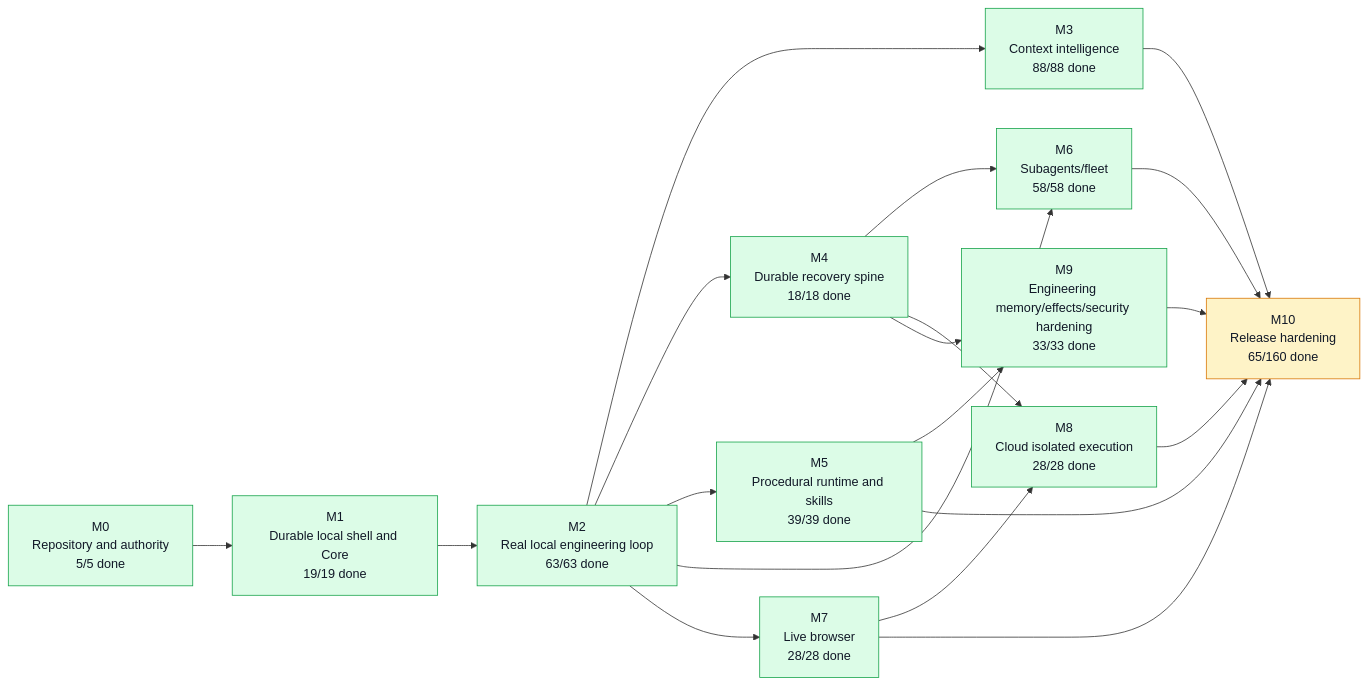
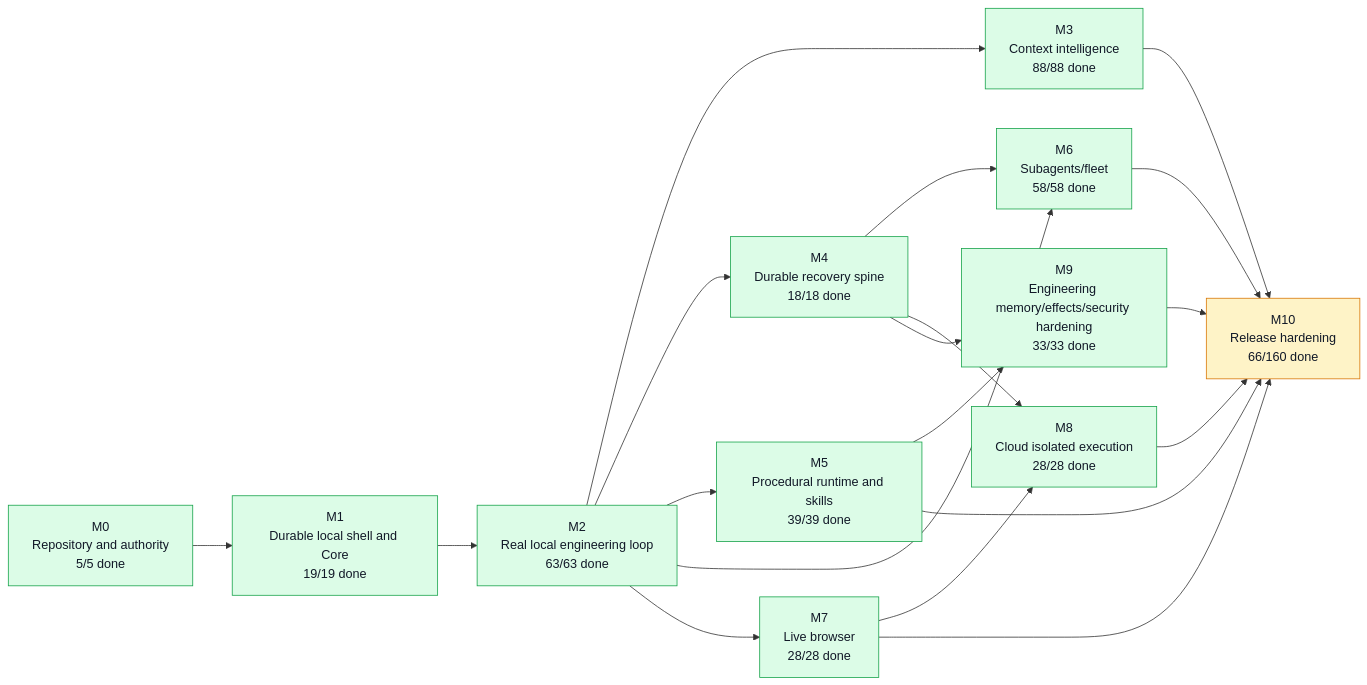
One commit to moss101/modbit changed the first of 5 diagrams in graph/PROJECT_GRAPH.md. Above: the diagram before and after it, drawn with Mermaid. The commit also changed other lines of this file and 5 other files, not shown here.

````diff
--- a/graph/PROJECT_GRAPH.md
+++ b/graph/PROJECT_GRAPH.md
@@ -57,43 +57,43 @@
 ```mermaid
 flowchart LR
   M0["M0<br/>Repository and authority<br/>5/5 done"]
   M1["M1<br/>Durable local shell and Core<br/>19/19 done"]
   M2["M2<br/>Real local engineering loop<br/>63/63 done"]
   M3["M3<br/>Context intelligence<br/>88/88 done"]
   M4["M4<br/>Durable recovery spine<br/>18/18 done"]
   M5["M5<br/>Procedural runtime and skills<br/>39/39 done"]
   M6["M6<br/>Subagents/fleet<br/>58/58 done"]
   M7["M7<br/>Live browser<br/>28/28 done"]
   M8["M8<br/>Cloud isolated execution<br/>28/28 done"]
   M9["M9<br/>Engineering memory/effects/security hardening<br/>33/33 done"]
-  M10["M10<br/>Release hardening<br/>65/160 done"]
+  M10["M10<br/>Release hardening<br/>66/160 done"]
   M0 --> M1
   M1 --> M2
   M2 --> M3
   M2 --> M4
   M2 --> M5
   M2 --> M6
   M4 --> M6
   M2 --> M7
   M4 --> M8
   M7 --> M8
   M4 --> M9
   M5 --> M9
   M3 --> M10
   M5 --> M10
   M6 --> M10
   M7 --> M10
   M8 --> M10
   M9 --> M10
   style M0 fill:#dcfce7,stroke:#16a34a,color:#111827
   style M1 fill:#dcfce7,stroke:#16a34a,color:#111827
   style M2 fill:#dcfce7,stroke:#16a34a,color:#111827
   style M3 fill:#dcfce7,stroke:#16a34a,color:#111827
   style M4 fill:#dcfce7,stroke:#16a34a,color:#111827
   style M5 fill:#dcfce7,stroke:#16a34a,color:#111827
   style M6 fill:#dcfce7,stroke:#16a34a,color:#111827
   style M7 fill:#dcfce7,stroke:#16a34a,color:#111827
   style M8 fill:#dcfce7,stroke:#16a34a,color:#111827
   style M9 fill:#dcfce7,stroke:#16a34a,color:#111827
   style M10 fill:#fef3c7,stroke:#d97706,color:#111827
 ```
````
